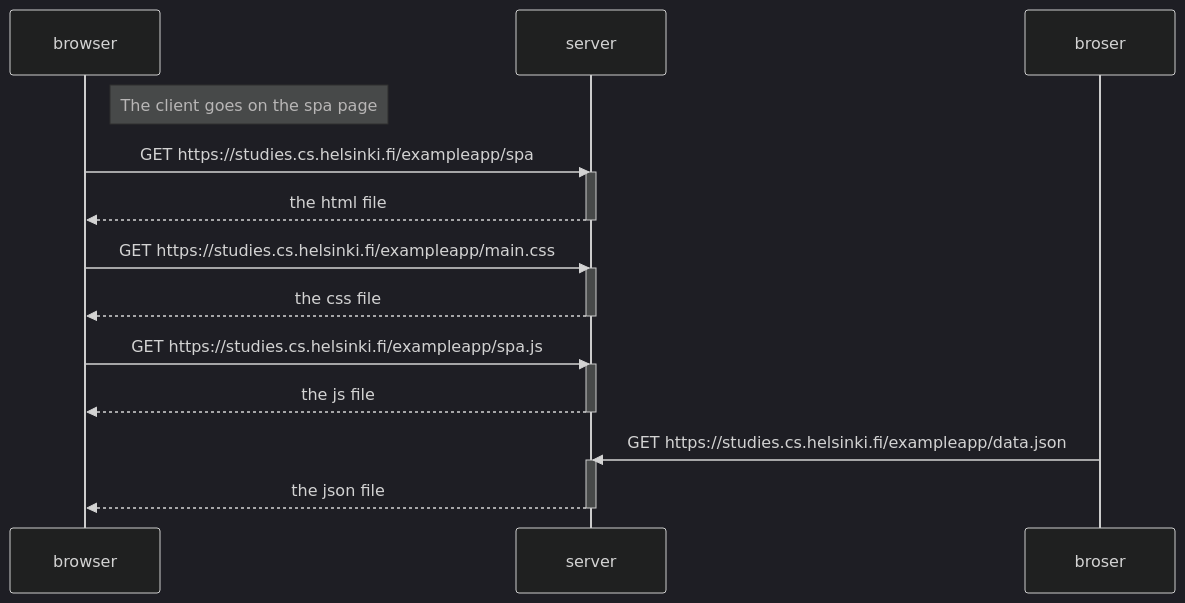
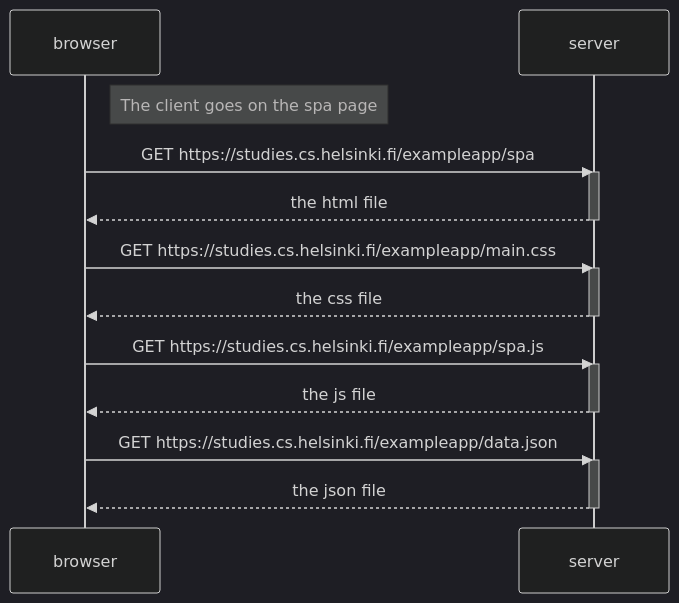
The diagram in Part 0/0.5/diagram.mmd (Brutaliaa/FullstackOpen), drawn with Mermaid (dark theme) before and after one commit.

```diff
--- a/Part 0/0.5/diagram.mmd
+++ b/Part 0/0.5/diagram.mmd
@@ -1,25 +1,25 @@
 sequenceDiagram
 participant browser
 participant server
 
     note right of browser : The client goes on the spa page
 
     browser->>server: GET https://studies.cs.helsinki.fi/exampleapp/spa
     activate server
     server-->>browser: the html file
     deactivate server
 
     browser->>server: GET https://studies.cs.helsinki.fi/exampleapp/main.css
     activate server
     server-->>browser: the css file
     deactivate server
 
     browser->>server: GET https://studies.cs.helsinki.fi/exampleapp/spa.js
     activate server
     server-->>browser: the js file
     deactivate server
 
-    broser->>server: GET https://studies.cs.helsinki.fi/exampleapp/data.json
+    browser->>server: GET https://studies.cs.helsinki.fi/exampleapp/data.json
     activate server
     server-->>browser: the json file
     deactivate server
```
